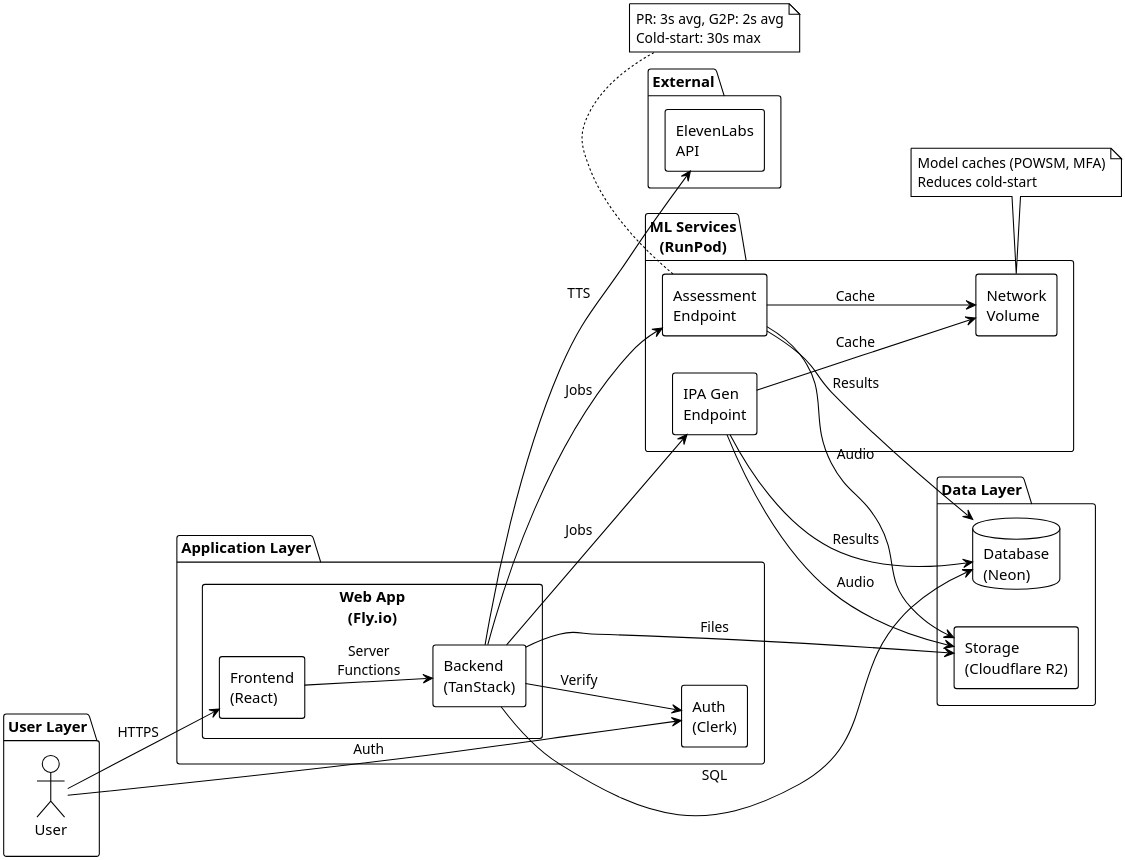
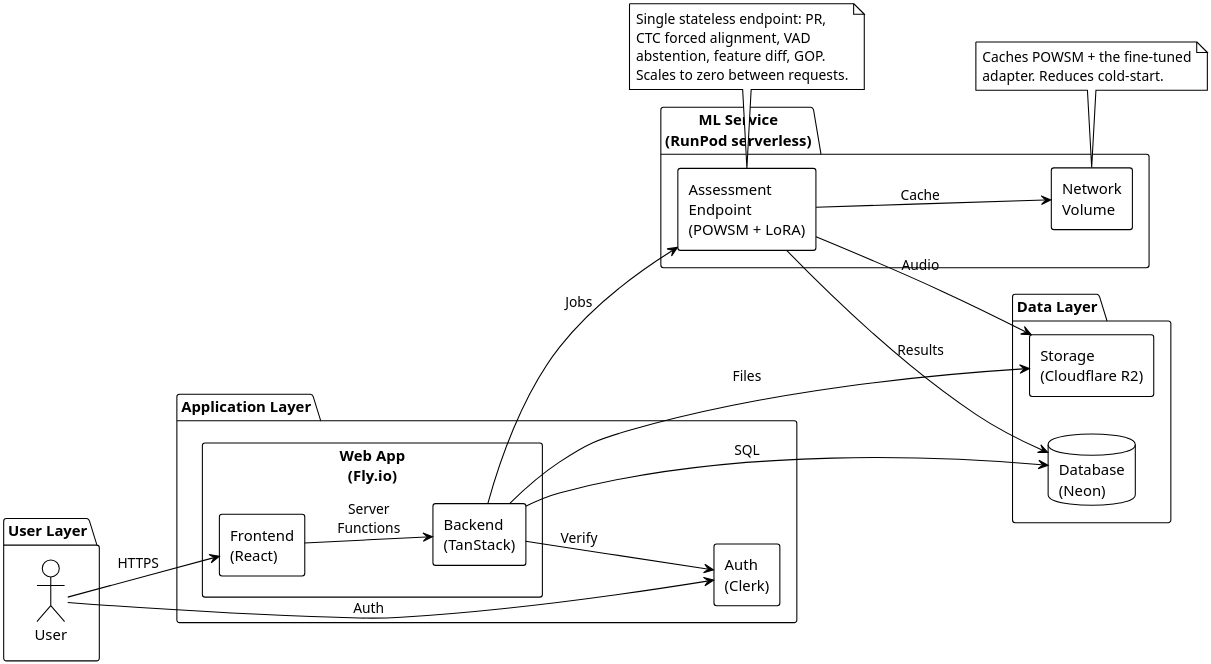
The diagram in doc/report/diagrams/deployment-architecture.puml (umitcan07/senior), drawn with PlantUML before and after one commit. The commit also changed other lines of this file and 40 other files, not shown here.

```diff
--- a/doc/report/diagrams/deployment-architecture.puml
+++ b/doc/report/diagrams/deployment-architecture.puml
@@ -1,69 +1,59 @@
 @startuml
 !theme plain
 skinparam componentStyle rectangle
 skinparam dpi 300
 skinparam maxMessageSize 60
 
 left to right direction
 
 package "User Layer" {
   actor User
 }
 
 package "Application Layer" {
   component "Web App\n(Fly.io)" as App {
     component "Frontend\n(React)" as Frontend
     component "Backend\n(TanStack)" as Backend
   }
   component "Auth\n(Clerk)" as Clerk
 }
 
 package "Data Layer" {
   database "Database\n(Neon)" as DB
   component "Storage\n(Cloudflare R2)" as Storage
 }
 
-package "ML Services\n(RunPod)" {
-  component "Assessment\nEndpoint" as Assessment
-  component "IPA Gen\nEndpoint" as IPA
+package "ML Service\n(RunPod serverless)" {
+  component "Assessment\nEndpoint\n(POWSM + LoRA)" as Assessment
   component "Network\nVolume" as NetworkVol
-}
-
-package "External" {
-  component "ElevenLabs\nAPI" as ElevenLabs
 }
 
 ' User interactions
 User --> Frontend : HTTPS
 User --> Clerk : Auth
 
 ' Application flow
 Frontend --> Backend : Server Functions
 Backend --> Clerk : Verify
 Backend --> DB : SQL
 Backend --> Storage : Files
 Backend --> Assessment : Jobs
-Backend --> IPA : Jobs
 
-' ML Services
+' ML Service
 Assessment --> NetworkVol : Cache
-IPA --> NetworkVol : Cache
 Assessment --> Storage : Audio
-IPA --> Storage : Audio
 Assessment --> DB : Results
-IPA --> DB : Results
-
-' External services
-Backend --> ElevenLabs : TTS
 
 note bottom of NetworkVol
-  Model caches (POWSM, MFA)
-  Reduces cold-start
+  Caches POWSM + the fine-tuned
+  adapter. Reduces cold-start.
 end note
 
 note bottom of Assessment
-  PR: 3s avg, G2P: 2s avg
-  Cold-start: 30s max
+  Single stateless endpoint: PR,
+  CTC forced alignment, VAD
+  abstention, feature diff, GOP.
+  Scales to zero between requests.
 end note
 
 @enduml
```
